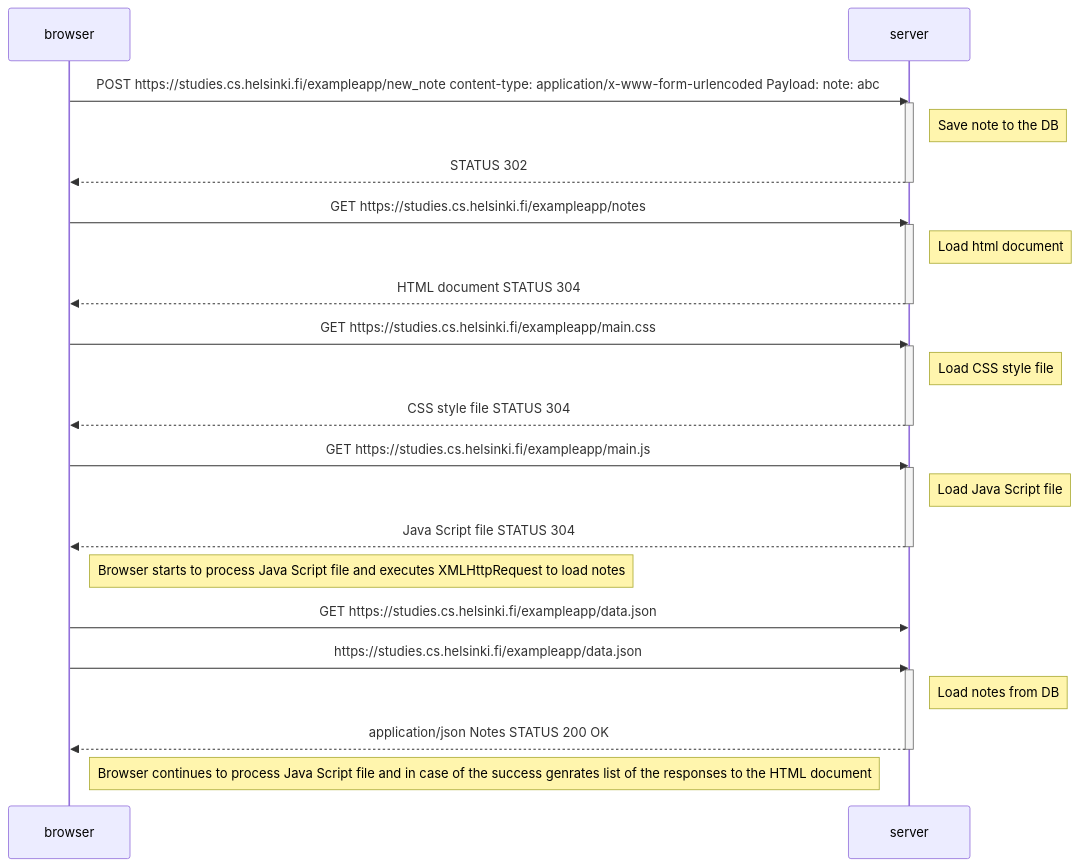
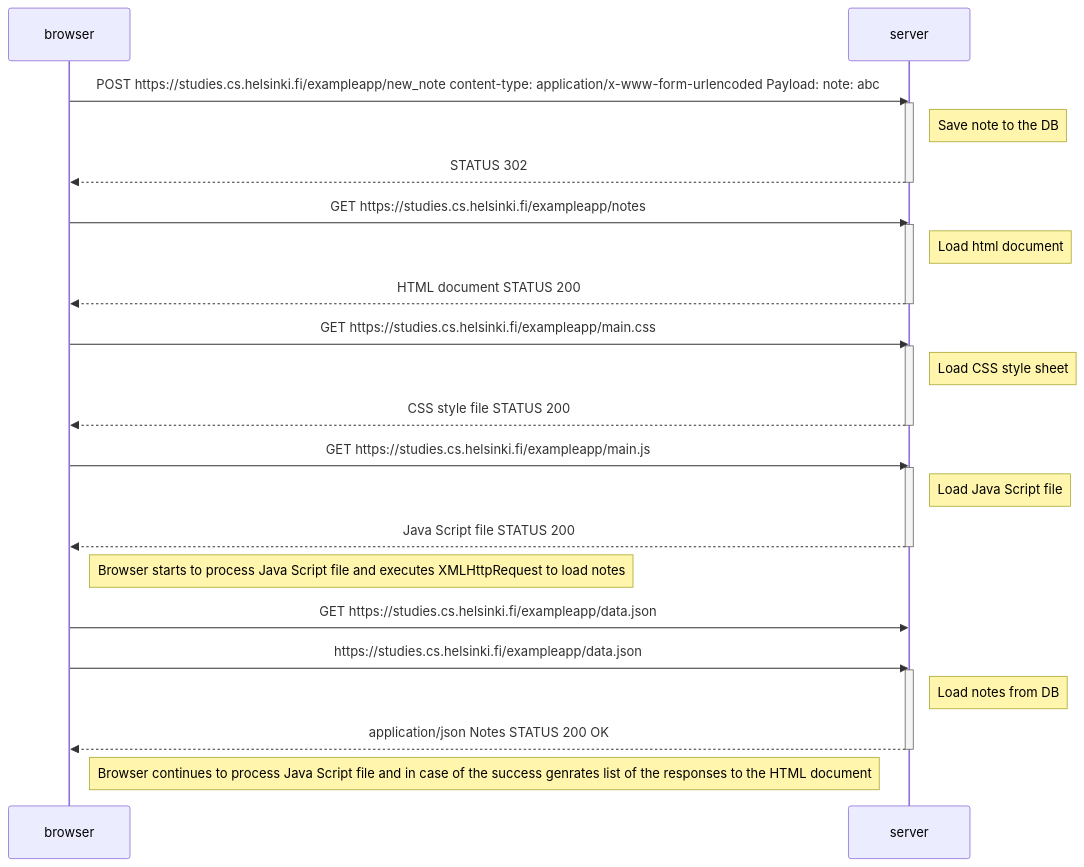
Before and after one commit to msopanen/fullstackopen: the diagram in part0/exercise-0.4.md, drawn with Mermaid.

Commit message:
Add exercise-0.4.md
Adding first exercise.

````diff
--- a/part0/exercise-0.4.md
+++ b/part0/exercise-0.4.md
@@ -1,43 +1,43 @@
 ```mermaid
 sequenceDiagram
     participant browser
     participant server
     
     browser->>server: POST https://studies.cs.helsinki.fi/exampleapp/new_note content-type: application/x-www-form-urlencoded Payload: note: abc
     activate server
         Note right of server: Save note to the DB
         server-->>browser: STATUS 302
     deactivate server
     
 
     browser->>server: GET https://studies.cs.helsinki.fi/exampleapp/notes
     activate server
         Note right of server: Load html document
-        server-->>browser: HTML document  STATUS 304
+        server-->>browser: HTML document  STATUS 200
     deactivate server
 
     browser->>server: GET https://studies.cs.helsinki.fi/exampleapp/main.css
     activate server
-        Note right of server: Load CSS style file
-        server-->>browser: CSS style file  STATUS 304
+        Note right of server: Load CSS style sheet
+        server-->>browser: CSS style file  STATUS 200
     deactivate server
 
     browser->>server: GET https://studies.cs.helsinki.fi/exampleapp/main.js
     activate server
         Note right of server: Load Java Script file
-        server-->>browser: Java Script file  STATUS 304
+        server-->>browser: Java Script file  STATUS 200
     deactivate server
 
     
     Note right of browser: Browser starts to process Java Script file and executes XMLHttpRequest to load notes
 
         browser->>server: GET https://studies.cs.helsinki.fi/exampleapp/data.json
 
     browser->>server: https://studies.cs.helsinki.fi/exampleapp/data.json
     activate server
         Note right of server: Load notes from DB
         server-->>browser: application/json Notes  STATUS 200 OK
     deactivate server
     
     Note right of browser: Browser continues to process Java Script file and in case of the success genrates list of the responses to the HTML document
 ```
````
